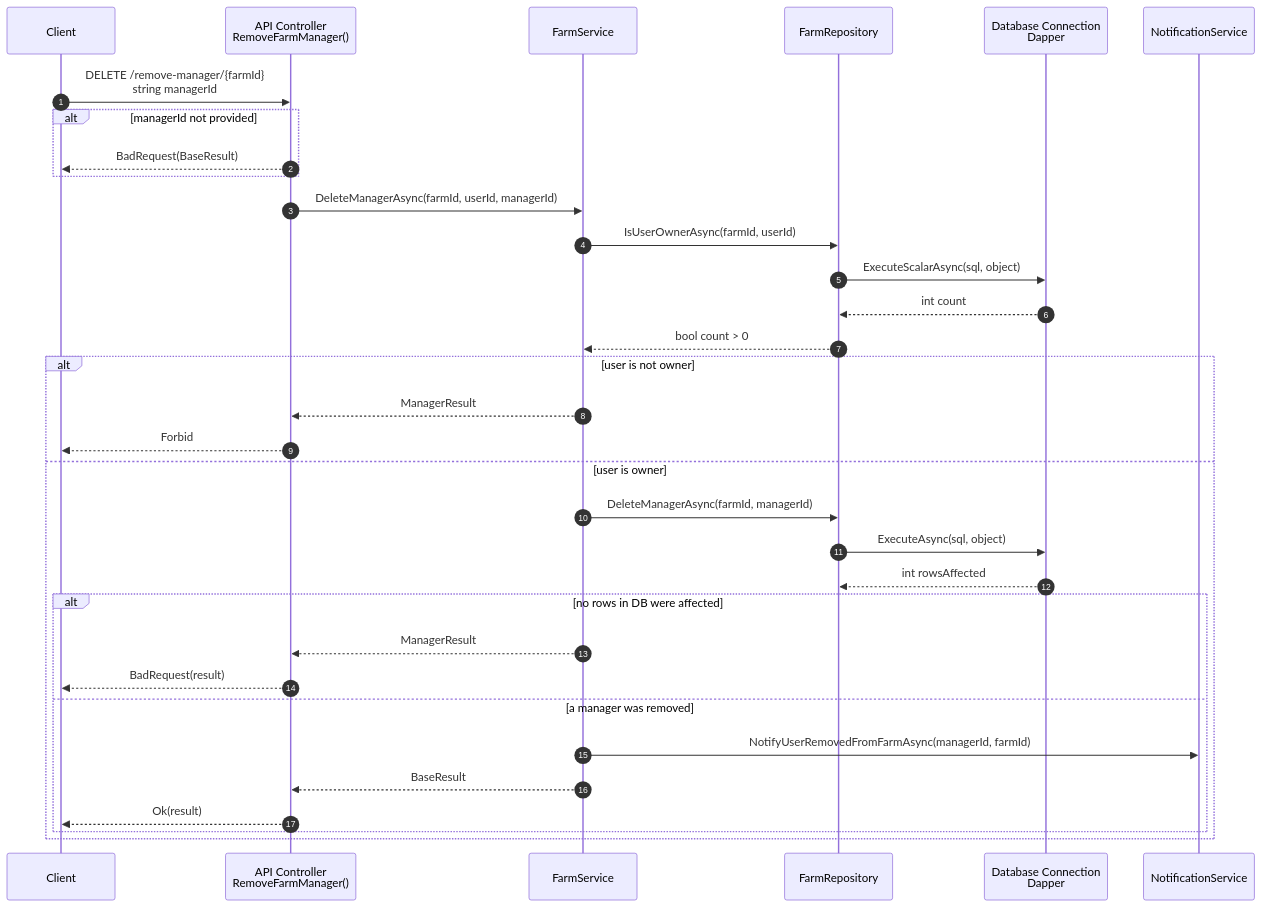
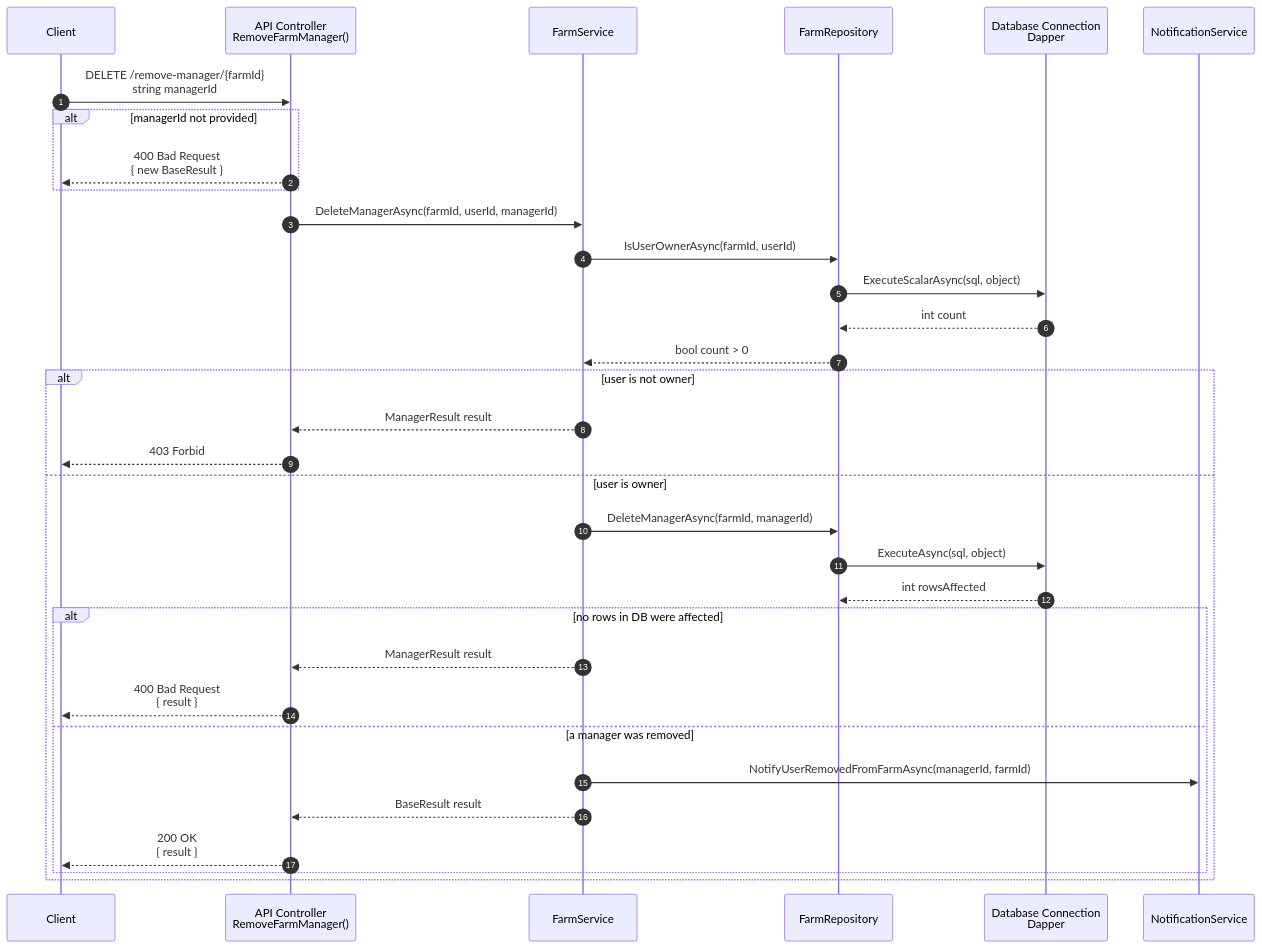
The ninth of 9 diagrams in README.md (paavkar/AgricultureApp), drawn with Mermaid before and after one commit. The commit also changed other lines of this file, not shown here.

Commit message:
update README with more detailed diagram API->Client returns

````diff
--- a/README.md
+++ b/README.md
@@ -350,40 +350,40 @@
 ```mermaid
 sequenceDiagram
     autonumber
 
     participant U as Client
     participant API as API Controller<br/>RemoveFarmManager()
     participant FS as FarmService
     participant FR as FarmRepository
     participant Dapper as Database Connection<br/>Dapper
     participant NS as NotificationService
 
     U->>API: DELETE /remove-manager/{farmId}<br/>string managerId
     alt managerId not provided
-      API-->>U: BadRequest(BaseResult)
+      API-->>U: 400 Bad Request<br/> { new BaseResult }
     end
     API->>FS: DeleteManagerAsync(farmId, userId, managerId)
     FS->>FR: IsUserOwnerAsync(farmId, userId)
     FR->>Dapper: ExecuteScalarAsync(sql, object)
     Dapper-->>FR: int count
     FR-->>FS: bool count > 0
 
     alt user is not owner
-      FS-->>API: ManagerResult
-      API-->>U: Forbid
+      FS-->>API: ManagerResult result
+      API-->>U: 403 Forbid
 
       else user is owner
         FS->>FR: DeleteManagerAsync(farmId, managerId)
         FR->>Dapper: ExecuteAsync(sql, object)
         Dapper-->>FR: int rowsAffected
 
         alt no rows in DB were affected
-          FS-->>API: ManagerResult
-          API-->>U: BadRequest(result)
+          FS-->>API: ManagerResult result
+          API-->>U: 400 Bad Request<br/> { result }
           else a manager was removed
             FS->>NS: NotifyUserRemovedFromFarmAsync(managerId, farmId)
-            FS-->>API: BaseResult
-            API-->>U: Ok(result)
+            FS-->>API: BaseResult result
+            API-->>U: 200 OK<br/> { result }
         end
     end
 ```
````
